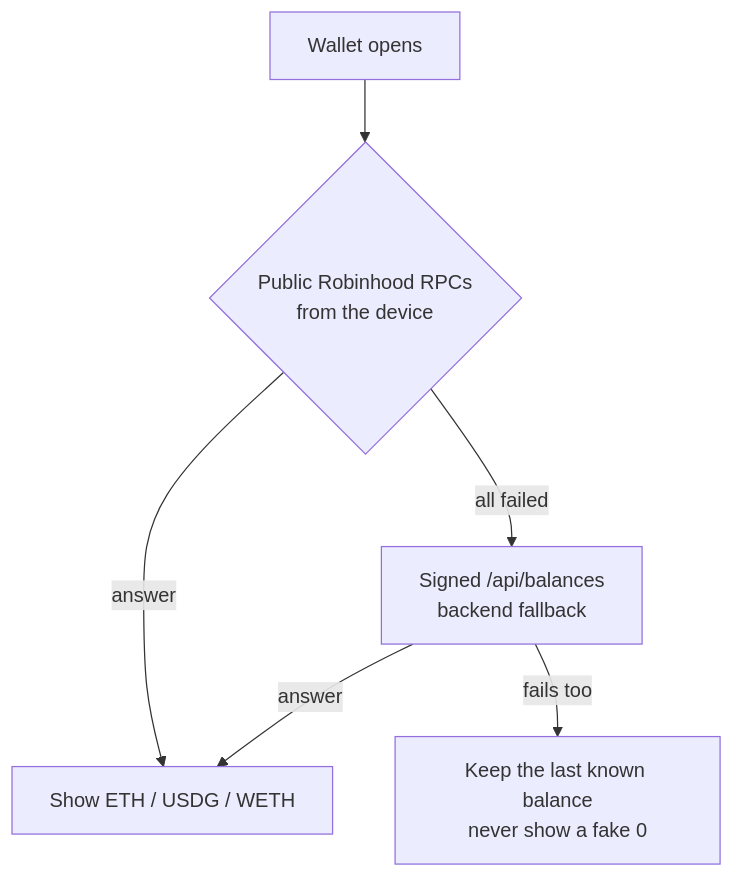
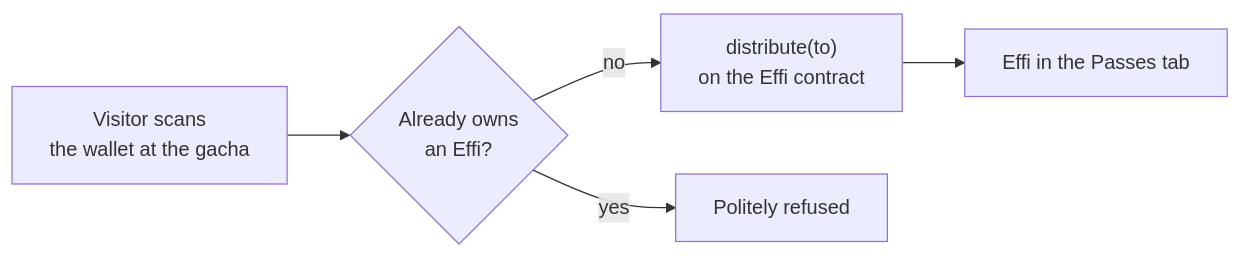
The sixth of 7 diagrams in README.md (altaga/Effisend-RH), drawn with Mermaid before and after one commit. The commit also changed other lines of this file and 2 other files, not shown here.

First line of the commit message:
README: short and visual; the Checkout smart contract gets its own section

````diff
--- a/README.md
+++ b/README.md
@@ -157,8 +140,7 @@
 ```mermaid
-flowchart TD
-  A["Wallet opens"] --> B{"Public Robinhood RPCs<br/>from the device"}
-  B -- "answer" --> C["Show ETH / USDG / WETH"]
-  B -- "all failed" --> D["Signed /api/balances<br/>backend fallback"]
-  D -- "answer" --> C
-  D -- "fails too" --> E["Keep the last known balance<br/>never show a fake 0"]
+flowchart LR
+  A["Visitor scans<br/>the wallet at the gacha"] --> B{"Already owns<br/>an Effi?"}
+  B -- "no" --> C["distribute(to)<br/>on the Effi contract"]
+  C --> D["Effi in the Passes tab"]
+  B -- "yes" --> E["Politely refused"]
 ```
````
